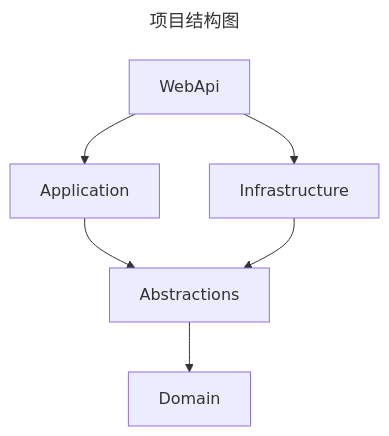
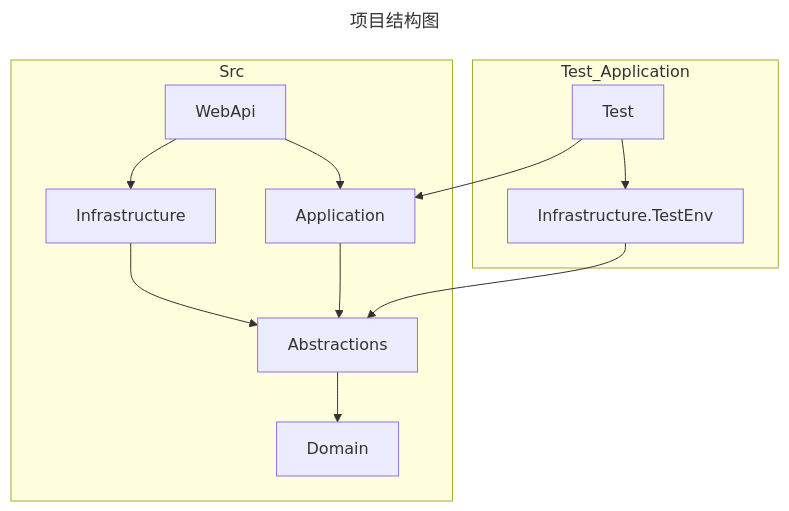
The first of 2 diagrams in README.md (tsctsc6/MusicManagementDemo), drawn with Mermaid before and after one commit. The commit also changed other lines of this file, not shown here.

````diff
--- a/README.md
+++ b/README.md
@@ -38,11 +38,19 @@
 ```mermaid
 ---
 title: 项目结构图
 ---
 flowchart TD
+    subgraph Src
     WebApi --> Application
     WebApi --> Infrastructure
+    Infrastructure --> Abstractions
     Application --> Abstractions
-    Infrastructure --> Abstractions
     Abstractions --> Domain
+    end
+
+    subgraph Test_Application
+    Test --> Infrastructure.TestEnv
+    Infrastructure.TestEnv --> Abstractions
+    Test --> Application
+    end
 ```
````
